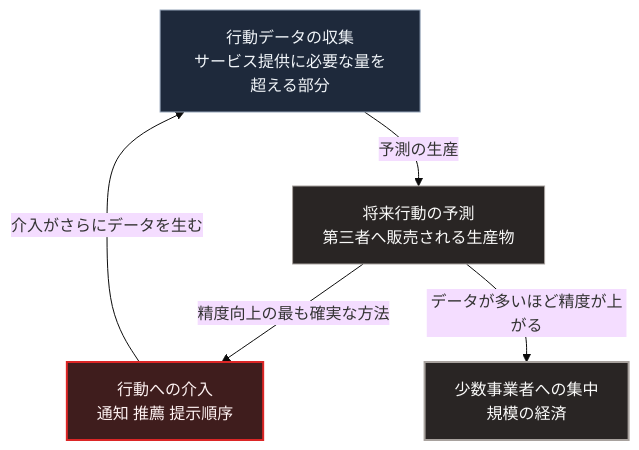
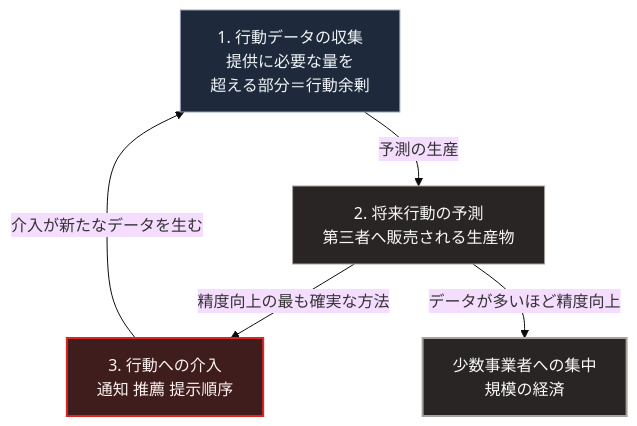
One commit to Takenori-Kusaka/zenn-content changed the diagram in books/sovereign-resilience-blueprint/17_surveillance-capitalism-algocracy.md. Above: the diagram before and after it, drawn with Mermaid (base theme). The commit also changed other lines of this file and 114 other files, not shown here.

````diff
--- a/books/sovereign-resilience-blueprint/17_surveillance-capitalism-algocracy.md
+++ b/books/sovereign-resilience-blueprint/17_surveillance-capitalism-algocracy.md
@@ -45,13 +45,13 @@
 ```mermaid
 flowchart TD
-    A[行動データの収集<br>サービス提供に必要な量を超える部分]
-    A -->|予測の生産| B[将来行動の予測<br>第三者へ販売される生産物]
-    B -->|精度向上の最も確実な方法| C[行動への介入<br>通知 推薦 提示順序]
-    C -->|介入がさらにデータを生む| A
-    B -->|データが多いほど精度が上がる| D[少数事業者への集中<br>規模の経済]
+    A[1. 行動データの収集<br>提供に必要な量を<br>超える部分＝行動余剰]
+    A -->|予測の生産| B[2. 将来行動の予測<br>第三者へ販売される生産物]
+    B -->|精度向上の最も確実な方法| C[3. 行動への介入<br>通知 推薦 提示順序]
+    C -->|介入が新たなデータを生む| A
+    B -->|データが多いほど精度向上| D[少数事業者への集中<br>規模の経済]
 
     style A fill:#1e293b,stroke:#94a3b8,color:#f1f5f9
     style B fill:#292524,stroke:#a8a29e,color:#fafaf9
     style C fill:#3f1d1d,stroke:#dc2626,stroke-width:2px,color:#fef2f2
     style D fill:#292524,stroke:#a8a29e,stroke-width:2px,color:#fafaf9
 ```
````
